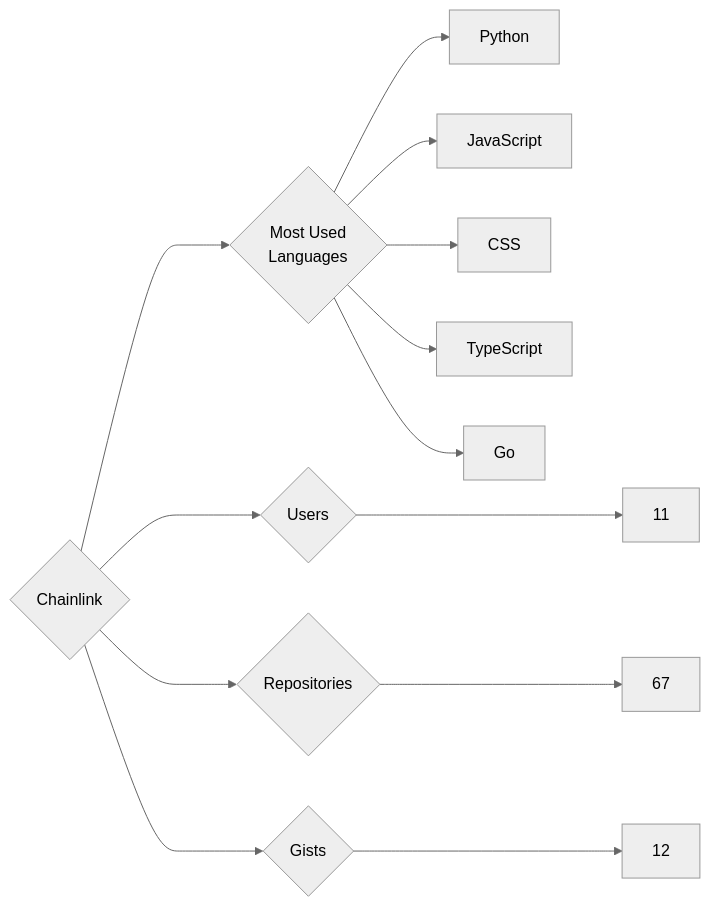
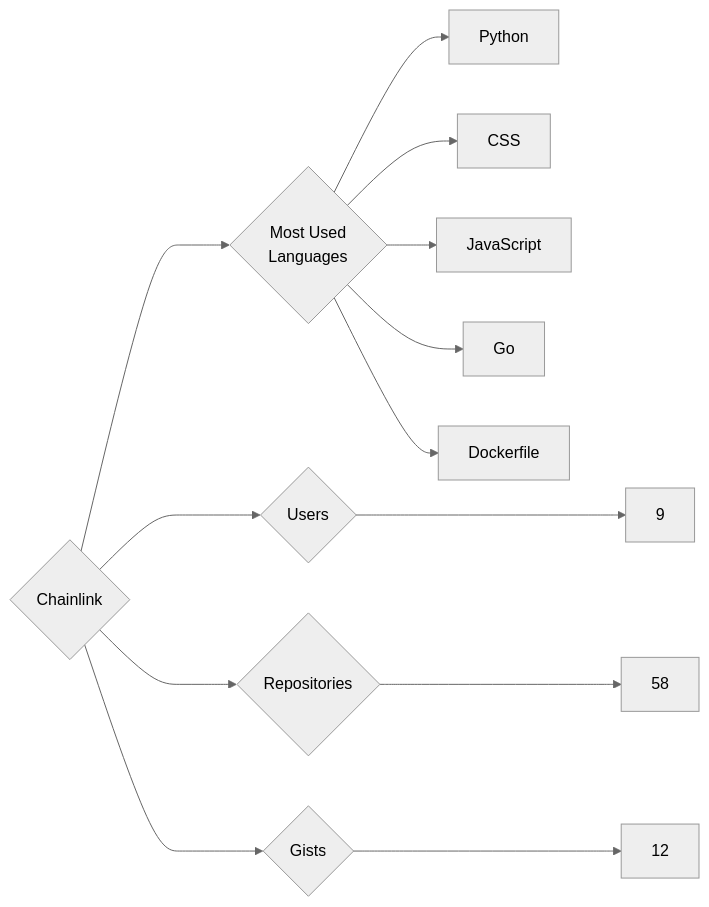
One commit to trickest/insiders changed the diagram in targets/Chainlink/README.md. Above: the diagram before and after it, drawn with Mermaid (neutral theme). The commit also changed 1078 other files, not shown here.

````diff
--- a/targets/Chainlink/README.md
+++ b/targets/Chainlink/README.md
@@ -3,13 +3,13 @@
 ```mermaid
 graph LR
 COMPANY_NAME{Chainlink}
-COMPANY_NAME ---> U{Users} ---> UN[11]
-COMPANY_NAME ---> R{Repositories} ---> RN[67]
+COMPANY_NAME ---> U{Users} ---> UN[9]
+COMPANY_NAME ---> R{Repositories} ---> RN[58]
 COMPANY_NAME ---> G{Gists} ---> GN[12]
 COMPANY_NAME ---> ML{Most Used<br>Languages}
 ML --> Python[Python]
+ML --> CSS[CSS]
 ML --> JavaScript[JavaScript]
-ML --> CSS[CSS]
-ML --> TypeScript[TypeScript]
 ML --> Go[Go]
+ML --> Dockerfile[Dockerfile]
 ```
````
